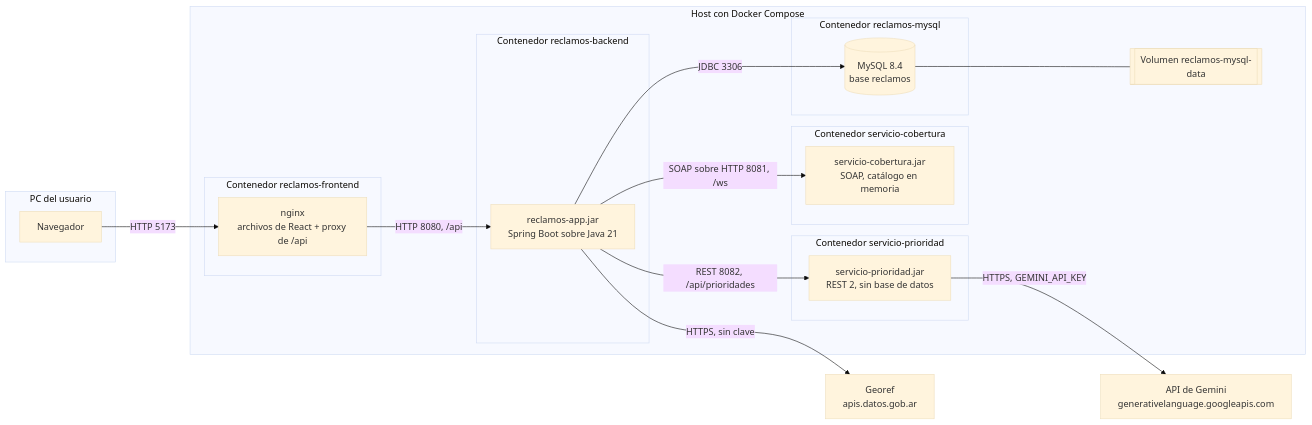
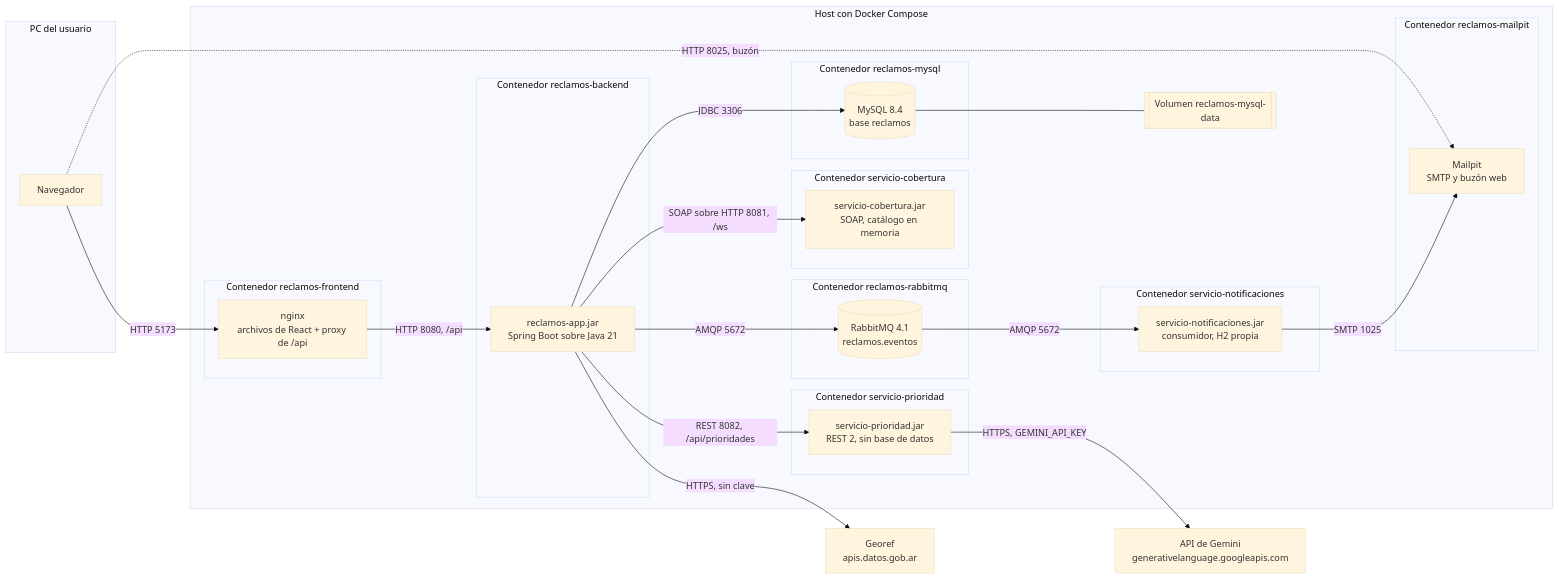
One commit to SanTegli/DesarrolloAppsIIGrupo10 changed the diagram in docs/despliegue.md. Above: the diagram before and after it, drawn with Mermaid (base theme). The commit also changed other lines of this file and 65 other files, not shown here.

First line of the commit message:
feat: enviar notificaciones por correo mediante RabbitMQ y patrón outbox

````diff
--- a/docs/despliegue.md
+++ b/docs/despliegue.md
@@ -8,35 +8,48 @@
 ```mermaid
 flowchart LR
   subgraph PC["PC del usuario"]
     NAV["Navegador"]
   end
   subgraph DOCKER["Host con Docker Compose"]
     subgraph CF["Contenedor reclamos-frontend"]
       NGINX["nginx<br/>archivos de React + proxy de /api"]
     end
     subgraph CB["Contenedor reclamos-backend"]
       APP["reclamos-app.jar<br/>Spring Boot sobre Java 21"]
     end
     subgraph CM["Contenedor reclamos-mysql"]
       DB[("MySQL 8.4<br/>base reclamos")]
     end
     subgraph CS["Contenedor servicio-cobertura"]
       SOAP["servicio-cobertura.jar<br/>SOAP, catálogo en memoria"]
     end
     subgraph CP["Contenedor servicio-prioridad"]
       IA["servicio-prioridad.jar<br/>REST 2, sin base de datos"]
     end
+    subgraph CR["Contenedor reclamos-rabbitmq"]
+      MQ[("RabbitMQ 4.1<br/>reclamos.eventos")]
+    end
+    subgraph CN["Contenedor servicio-notificaciones"]
+      NOT["servicio-notificaciones.jar<br/>consumidor, H2 propia"]
+    end
+    subgraph CMP["Contenedor reclamos-mailpit"]
+      MP["Mailpit<br/>SMTP y buzón web"]
+    end
     VOL[["Volumen reclamos-mysql-data"]]
   end
   GEM["API de Gemini<br/>generativelanguage.googleapis.com"]
   GEO["Georef<br/>apis.datos.gob.ar"]
 
   NAV -->|"HTTP 5173"| NGINX
   NGINX -->|"HTTP 8080, /api"| APP
   APP -->|"JDBC 3306"| DB
   APP -->|"SOAP sobre HTTP 8081, /ws"| SOAP
   APP -->|"REST 8082, /api/prioridades"| IA
   IA -->|"HTTPS, GEMINI_API_KEY"| GEM
   APP -->|"HTTPS, sin clave"| GEO
+  APP -->|"AMQP 5672"| MQ
+  MQ -->|"AMQP 5672"| NOT
+  NOT -->|"SMTP 1025"| MP
+  NAV -.->|"HTTP 8025, buzón"| MP
   DB --- VOL
 ```
````
